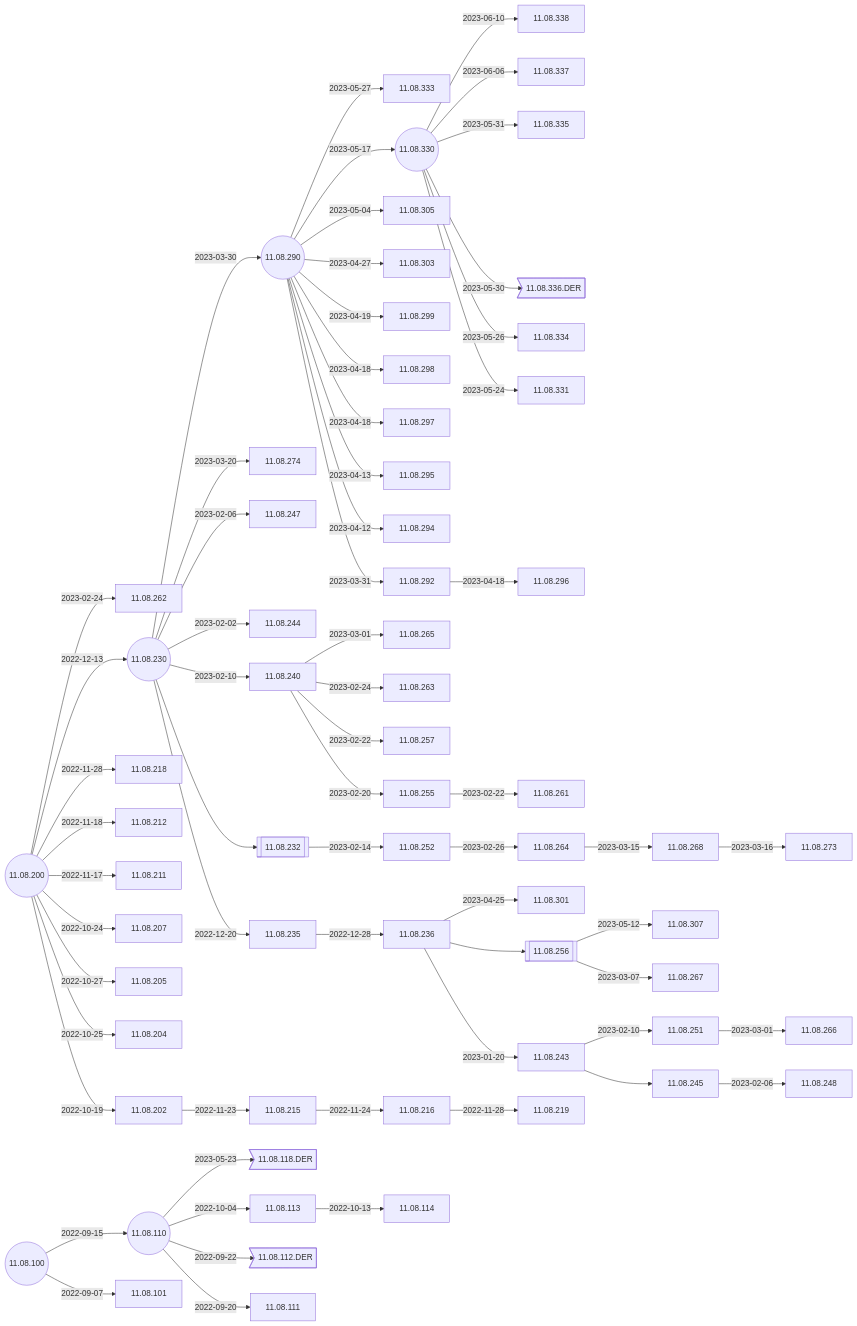
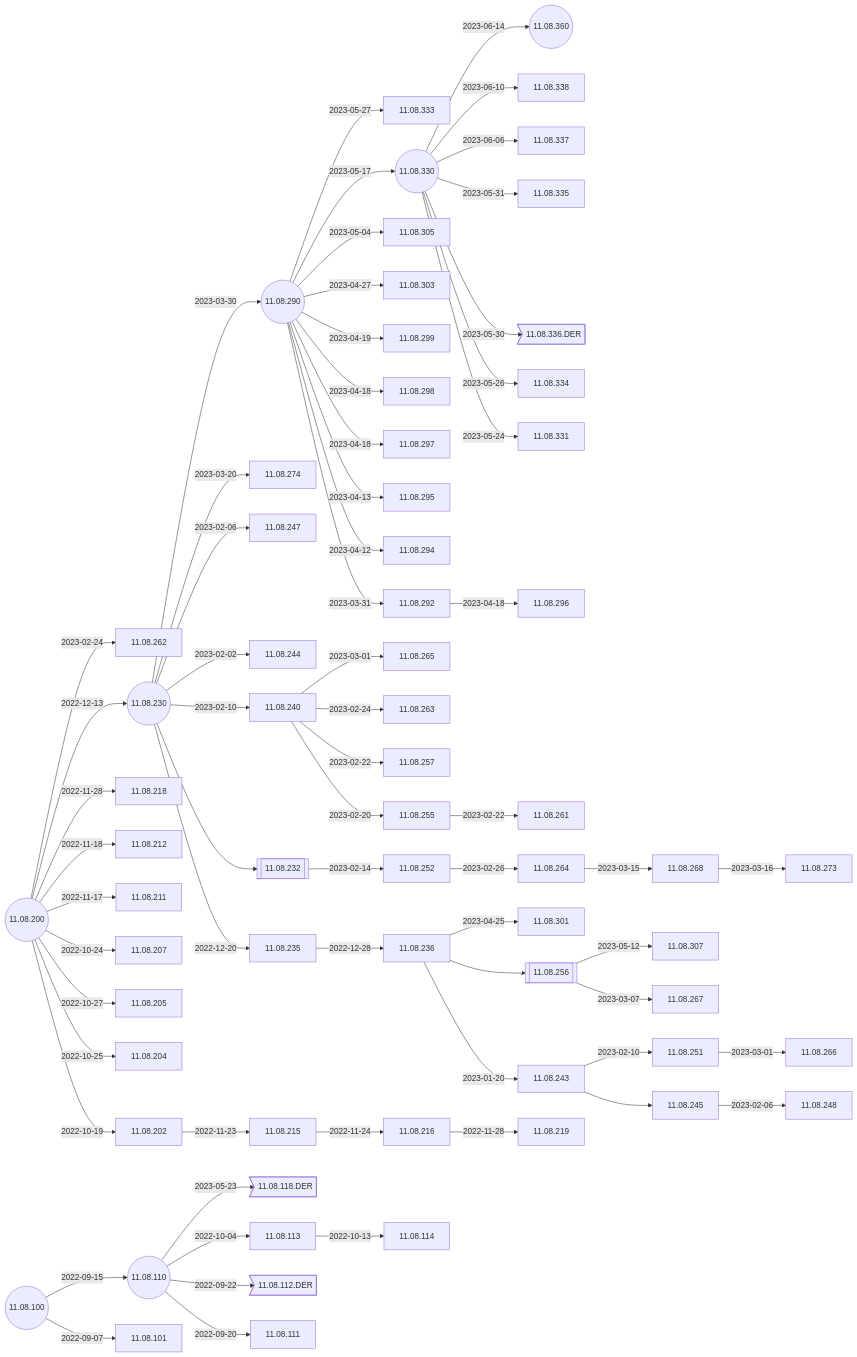
The second of 4 diagrams in docs/Docs/ReleaseNotes/01-OS11/README.md (IGEL-Community/IGEL-Docs-v02), drawn with Mermaid before and after one commit. The commit also changed 2 other files, not shown here.

Commit message:
11.08.360 <- 11.08.330

````diff
--- a/docs/Docs/ReleaseNotes/01-OS11/README.md
+++ b/docs/Docs/ReleaseNotes/01-OS11/README.md
@@ -39,5 +39,6 @@
 ```mermaid
 flowchart LR
+    11.08.330-- 2023-06-14 -->11.08.360((11.08.360))
     11.08.330-- 2023-06-10 -->11.08.338
     11.08.330-- 2023-06-06 -->11.08.337
     11.08.330-- 2023-05-31 -->11.08.335
@@ -84,6 +85,7 @@
     11.08.110((11.08.110))-- 2022-09-22 -->11.08.112.DER>11.08.112.DER]
     11.08.100-- 2022-09-15 -->11.08.110-- 2022-09-20 -->11.08.111
     11.08.100((11.08.100))-- 2022-09-07 -->11.08.101
+    click 11.08.360 "https://github.com/IGEL-Community/IGEL-Docs-v02/tree/main/docs/Docs/ReleaseNotes/01-OS11/readme11.08.360.txt" _blank
     click 11.08.338 "https://github.com/IGEL-Community/IGEL-Docs-v02/tree/main/docs/Docs/ReleaseNotes/01-OS11/readme11.08.338.txt" _blank
     click 11.08.337 "https://github.com/IGEL-Community/IGEL-Docs-v02/tree/main/docs/Docs/ReleaseNotes/01-OS11/readme11.08.337.txt" _blank
     click 11.08.335 "https://github.com/IGEL-Community/IGEL-Docs-v02/tree/main/docs/Docs/ReleaseNotes/01-OS11/readme11.08.335.txt" _blank
````
